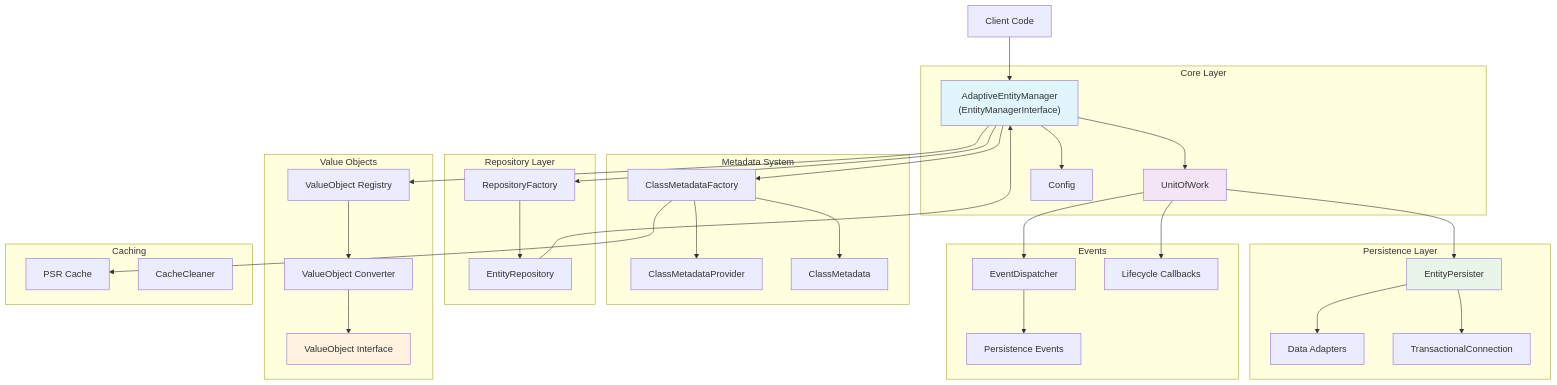
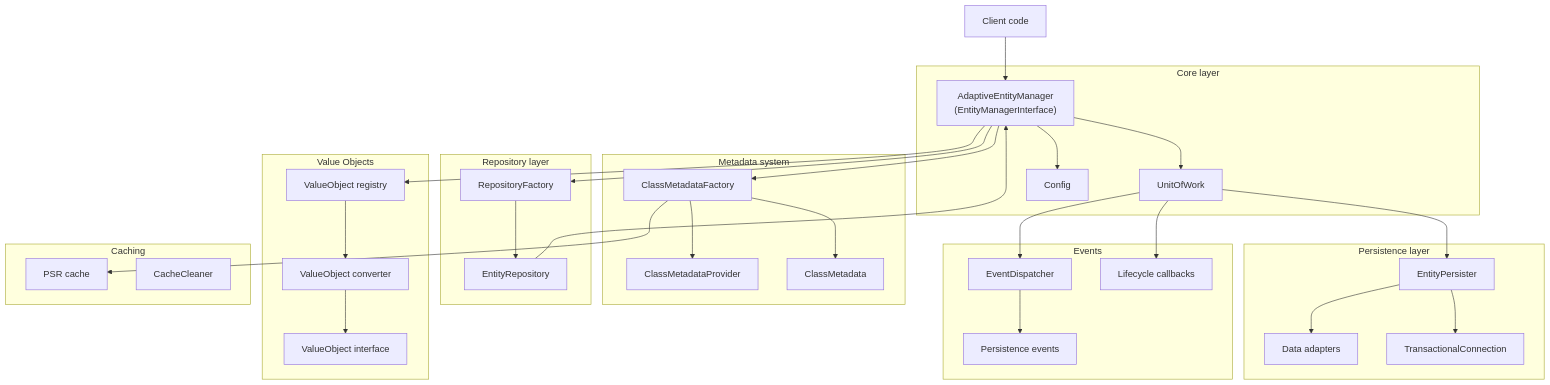
The first of 7 diagrams in docs/ARCHITECTURE_DIAGRAMS.md (kabiroman/adaptive-entity-manager), drawn with Mermaid before and after one commit. The commit also changed other lines of this file and 7 other files, not shown here.

````diff
--- a/docs/ARCHITECTURE_DIAGRAMS.md
+++ b/docs/ARCHITECTURE_DIAGRAMS.md
@@ -7,74 +7,69 @@
 ```mermaid
 graph TB
-    Client["Client Code"]
-    
-    subgraph "Core Layer"
+    Client["Client code"]
+
+    subgraph coreLayer [Core layer]
         AEM["AdaptiveEntityManager<br/>(EntityManagerInterface)"]
         UOW["UnitOfWork"]
         Config["Config"]
     end
-    
-    subgraph "Persistence Layer"
+
+    subgraph persistenceLayer [Persistence layer]
         EP["EntityPersister"]
-        DA["Data Adapters"]
+        DA["Data adapters"]
         TC["TransactionalConnection"]
     end
-    
-    subgraph "Metadata System"
+
+    subgraph metadataSystem [Metadata system]
         CMF["ClassMetadataFactory"]
         CMP["ClassMetadataProvider"]
         CM["ClassMetadata"]
     end
-    
-    subgraph "Repository Layer"
+
+    subgraph repositoryLayer [Repository layer]
         RF["RepositoryFactory"]
         ER["EntityRepository"]
     end
-    
-    subgraph "Value Objects"
-        VO["ValueObject Interface"]
-        VOC["ValueObject Converter"]
-        VOR["ValueObject Registry"]
+
+    subgraph valueObjects [Value Objects]
+        VO["ValueObject interface"]
+        VOC["ValueObject converter"]
+        VOR["ValueObject registry"]
     end
-    
-    subgraph "Events"
+
+    subgraph events [Events]
         ED["EventDispatcher"]
-        PE["Persistence Events"]
-        LC["Lifecycle Callbacks"]
+        PE["Persistence events"]
+        LC["Lifecycle callbacks"]
     end
-    
-    subgraph "Caching"
-        Cache["PSR Cache"]
+
+    subgraph caching [Caching]
+        Cache["PSR cache"]
         CC["CacheCleaner"]
     end
-    
+
     Client --> AEM
     AEM --> UOW
     AEM --> CMF
     AEM --> RF
     AEM --> Config
-    
+
     UOW --> EP
     EP --> DA
     EP --> TC
-    
+
     CMF --> CMP
     CMF --> CM
     CMF --> Cache
-    
+
     RF --> ER
     ER --> AEM
-    
+
     AEM --> VOR
     VOR --> VOC
     VOC --> VO
-    
+
     UOW --> ED
     ED --> PE
     UOW --> LC
-    
-    style AEM fill:#e1f5fe
-    style UOW fill:#f3e5f5
-    style EP fill:#e8f5e8
-    style VO fill:#fff3e0
 ```
````
